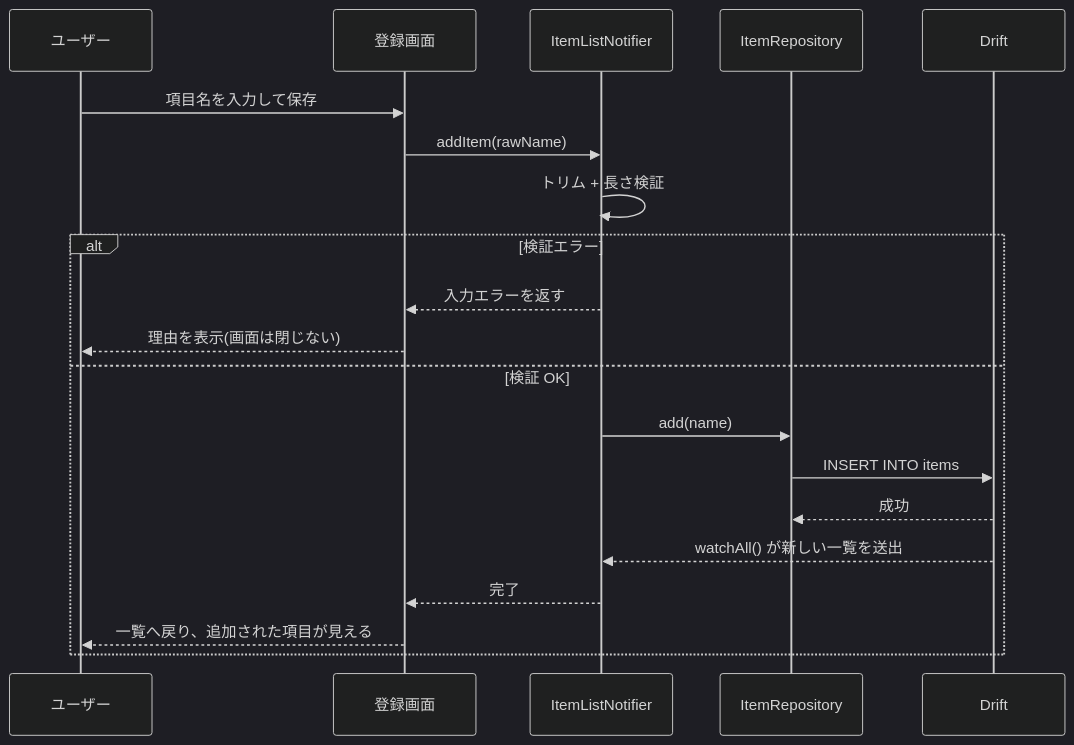
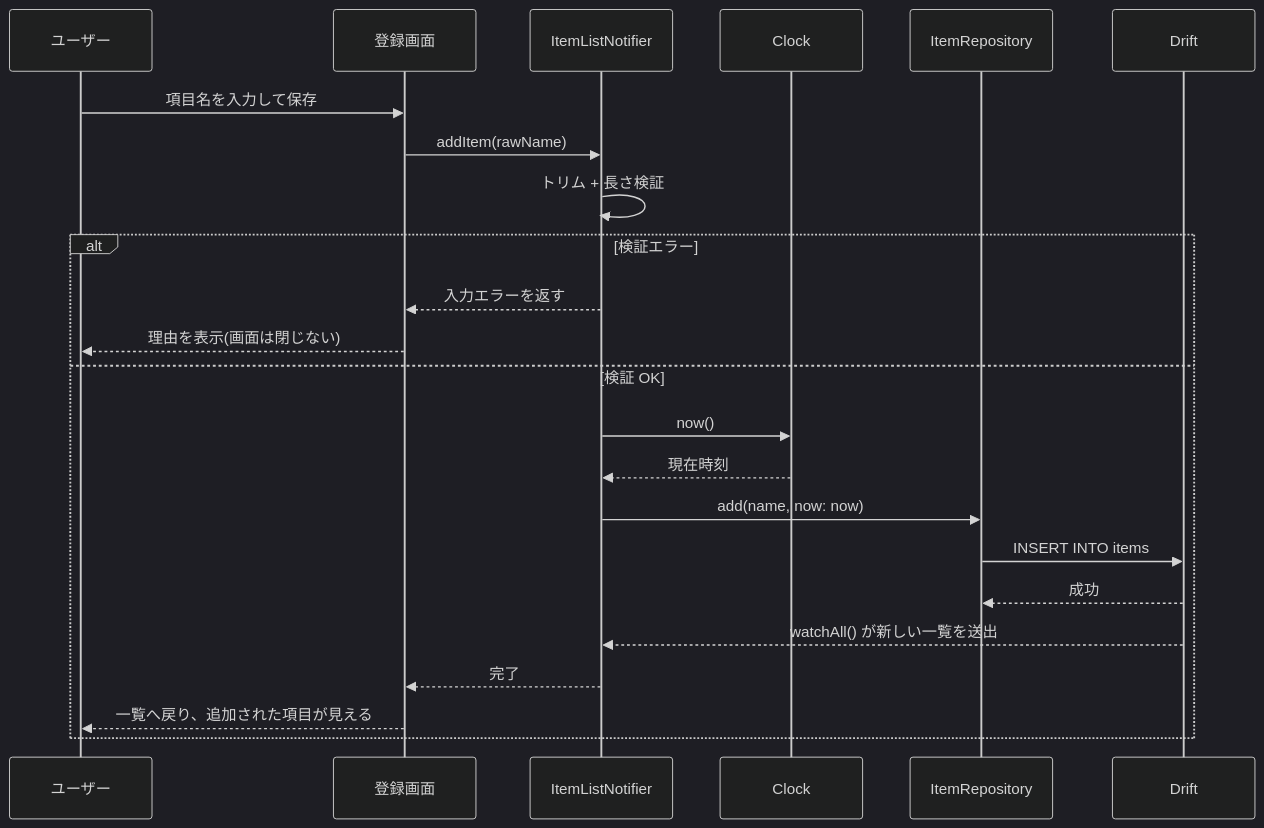
One commit to fuji18/lastwhen changed the fourth of 5 diagrams in docs/functional-design.md. Above: the diagram before and after it, drawn with Mermaid (dark theme). The commit also changed other lines of this file and 9 other files, not shown here.

````diff
--- a/docs/functional-design.md
+++ b/docs/functional-design.md
@@ -299,23 +338,26 @@
 ```mermaid
 sequenceDiagram
     participant User as ユーザー
     participant UI as 登録画面
     participant N as ItemListNotifier
+    participant C as Clock
     participant R as ItemRepository
     participant DB as Drift
 
     User->>UI: 項目名を入力して保存
     UI->>N: addItem(rawName)
     N->>N: トリム + 長さ検証
     alt 検証エラー
         N-->>UI: 入力エラーを返す
         UI-->>User: 理由を表示(画面は閉じない)
     else 検証 OK
-        N->>R: add(name)
+        N->>C: now()
+        C-->>N: 現在時刻
+        N->>R: add(name, now: now)
         R->>DB: INSERT INTO items
         DB-->>R: 成功
         DB-->>N: watchAll() が新しい一覧を送出
         N-->>UI: 完了
         UI-->>User: 一覧へ戻り、追加された項目が見える
     end
 ```
````
